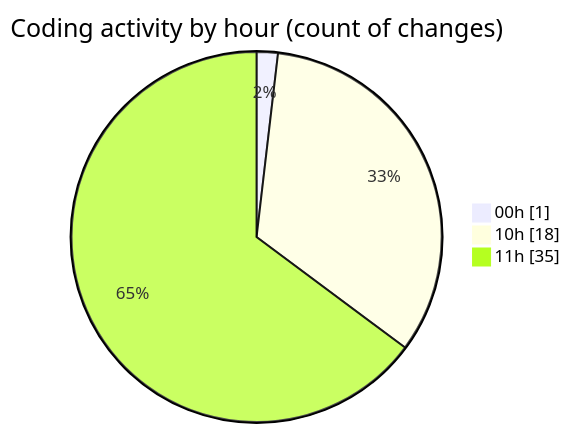
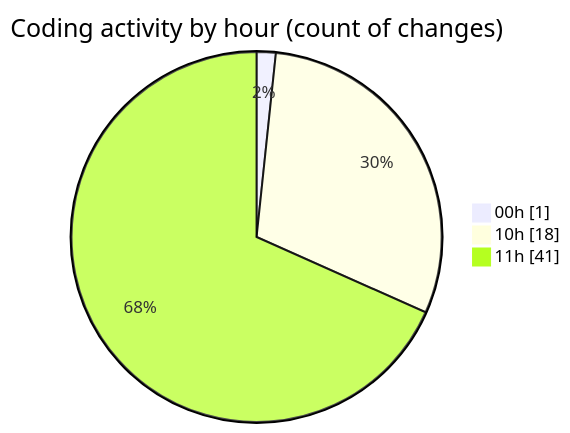
One commit to Ritupan-Deka/code-tracking changed the second of 2 diagrams in 2025-07-08/urlwebwala_intership_work/README.md. Above: the diagram before and after it, drawn with Mermaid. The commit also changed other lines of this file and 1 other file, not shown here.

````diff
--- a/2025-07-08/urlwebwala_intership_work/README.md
+++ b/2025-07-08/urlwebwala_intership_work/README.md
@@ -30,7 +30,7 @@
 ```mermaid
 pie showData
 title Coding activity by hour (count of changes)
 "00h" : 1
 "10h" : 18
-"11h" : 35
+"11h" : 41
 ```
````
